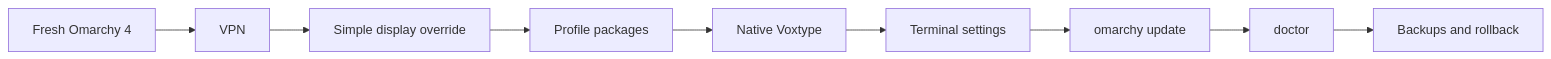
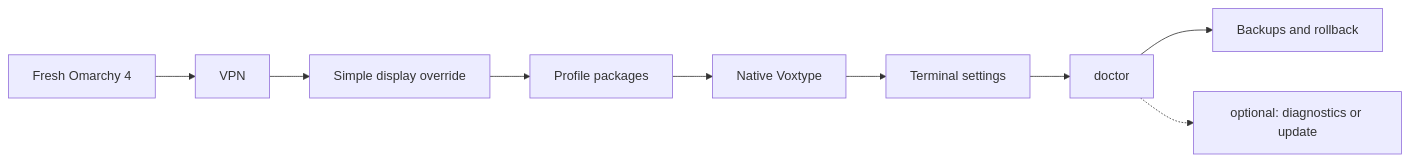
One commit to shubinlab/zenbook-omarchy changed the diagram in wiki/README.md. Above: the diagram before and after it, drawn with Mermaid. The commit also changed other lines of this file and 30 other files, not shown here.

Commit message:
Simplify clean install flow and isolate legacy repair

````diff
--- a/wiki/README.md
+++ b/wiki/README.md
@@ -31,11 +31,11 @@
 ```mermaid
 flowchart LR
   A[Fresh Omarchy 4] --> B[VPN]
   B --> C[Simple display override]
   C --> D[Profile packages]
   D --> E[Native Voxtype]
   E --> F[Terminal settings]
-  F --> G[omarchy update]
-  G --> H[doctor]
-  H --> I[Backups and rollback]
+  F --> G[doctor]
+  G --> H[Backups and rollback]
+  G -.-> I[optional: diagnostics or update]
 ```
````
